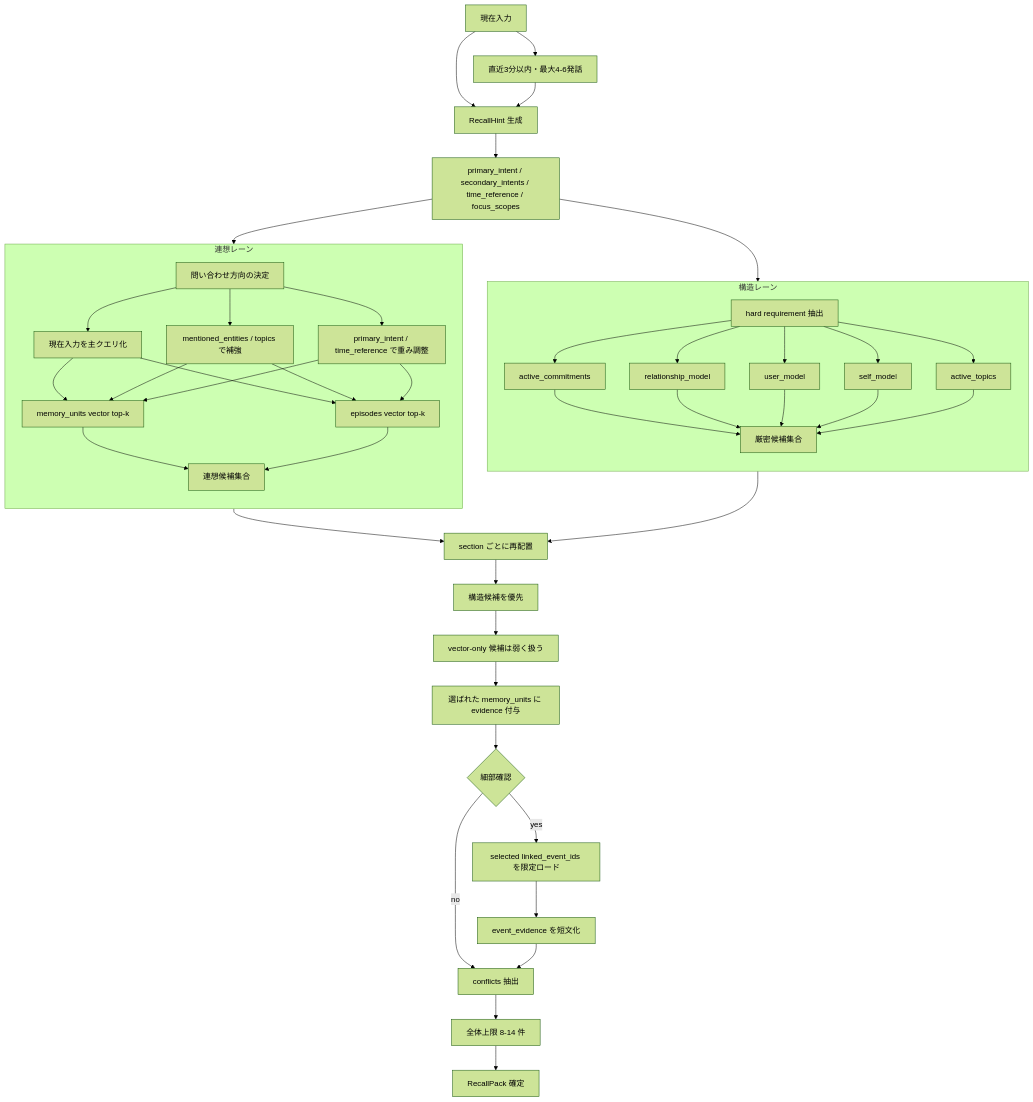
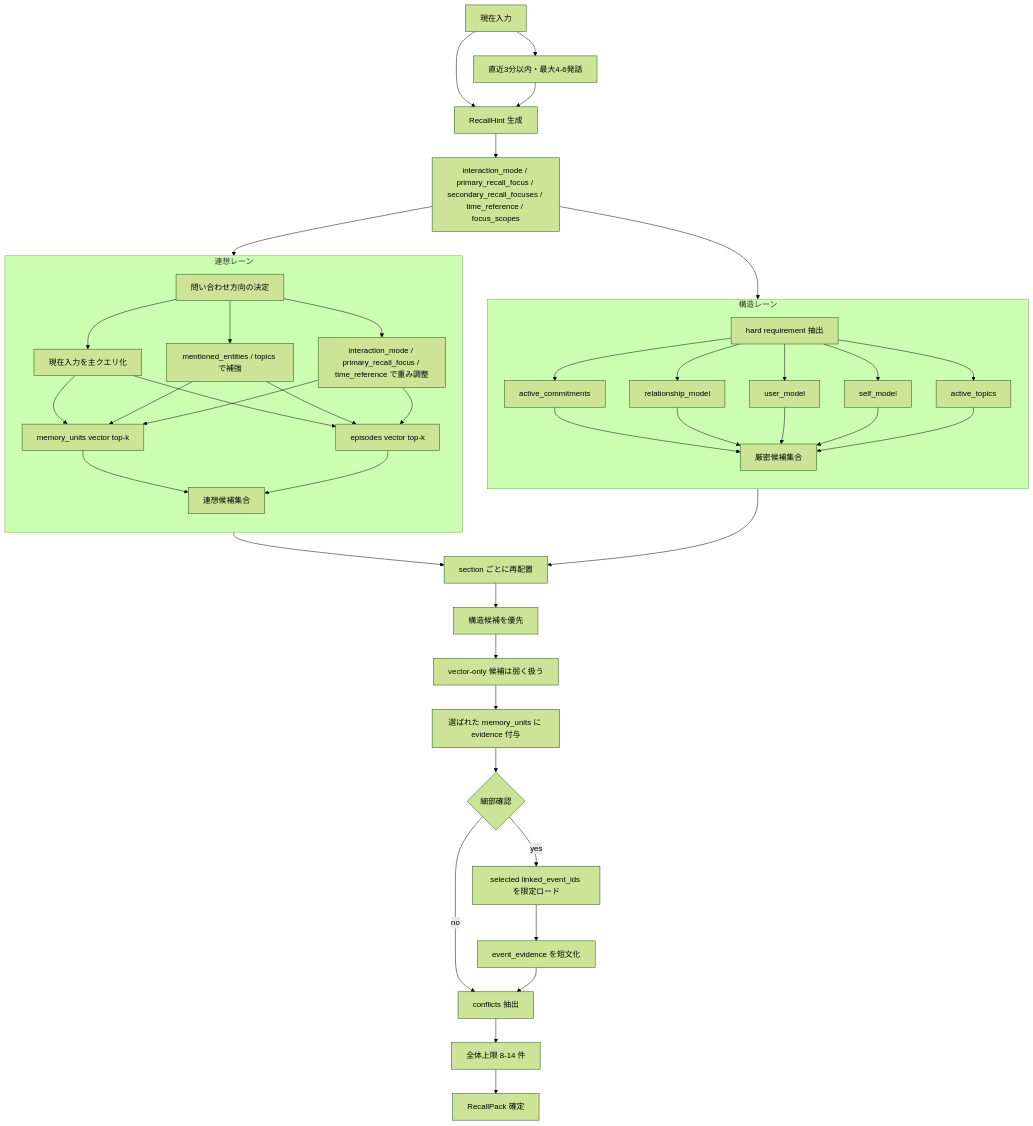
One commit to hirona98/OtomeKairo changed the second of 4 diagrams in docs/design/memory/05_想起と判断フロー図.md. Above: the diagram before and after it, drawn with Mermaid (forest theme). The commit also changed 17 other files, not shown here.

````diff
--- a/docs/design/memory/05_想起と判断フロー図.md
+++ b/docs/design/memory/05_想起と判断フロー図.md
@@ -98,66 +98,66 @@
 ```mermaid
 flowchart TD
     A[現在入力] --> B[直近3分以内・最大4-6発話]
     A --> C[RecallHint 生成]
     B --> C
-    C --> D[primary_intent / secondary_intents / time_reference / focus_scopes]
+    C --> D[interaction_mode / primary_recall_focus / secondary_recall_focuses / time_reference / focus_scopes]
 
     D --> E1
     D --> E2
 
     subgraph SL[構造レーン]
         direction TB
         E1[hard requirement 抽出]
         F1[active_commitments]
         F2[relationship_model]
         F3[user_model]
         F4[self_model]
         F5[active_topics]
         G1[厳密候補集合]
         E1 --> F1
         E1 --> F2
         E1 --> F3
         E1 --> F4
         E1 --> F5
         F1 --> G1
         F2 --> G1
         F3 --> G1
         F4 --> G1
         F5 --> G1
     end
 
     subgraph VL[連想レーン]
         direction TB
         E2[問い合わせ方向の決定]
         H1[現在入力を主クエリ化]
         H2[mentioned_entities / topics で補強]
-        H3[primary_intent / time_reference で重み調整]
+        H3[interaction_mode / primary_recall_focus / time_reference で重み調整]
         H4[memory_units vector top-k]
         H5[episodes vector top-k]
         H6[連想候補集合]
         E2 --> H1
         E2 --> H2
         E2 --> H3
         H1 --> H4
         H1 --> H5
         H2 --> H4
         H2 --> H5
         H3 --> H4
         H3 --> H5
         H4 --> H6
         H5 --> H6
     end
 
     G1 --> I[section ごとに再配置]
     H6 --> I
     I --> J[構造候補を優先]
     J --> K[vector-only 候補は弱く扱う]
     K --> L[選ばれた memory_units に evidence 付与]
     L --> X{細部確認}
     X -- no --> M[conflicts 抽出]
     X -- yes --> Y[selected linked_event_ids を限定ロード]
     Y --> Z[event_evidence を短文化]
     Z --> M
     M --> N[全体上限 8-14 件]
     N --> O[RecallPack 確定]
 ```
````
